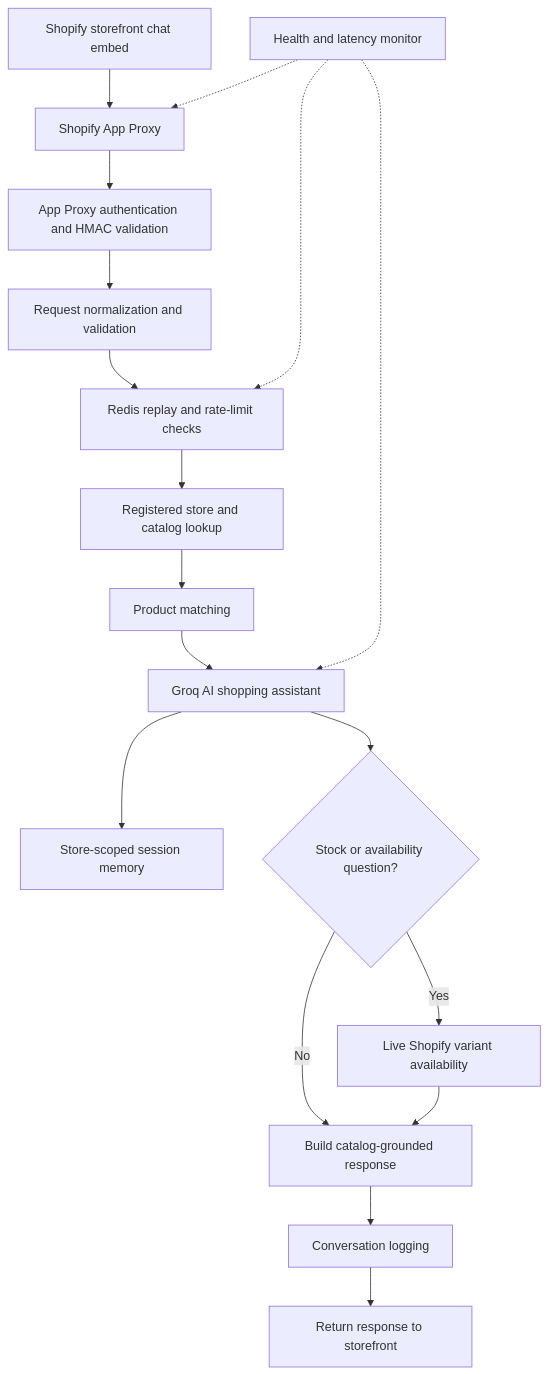
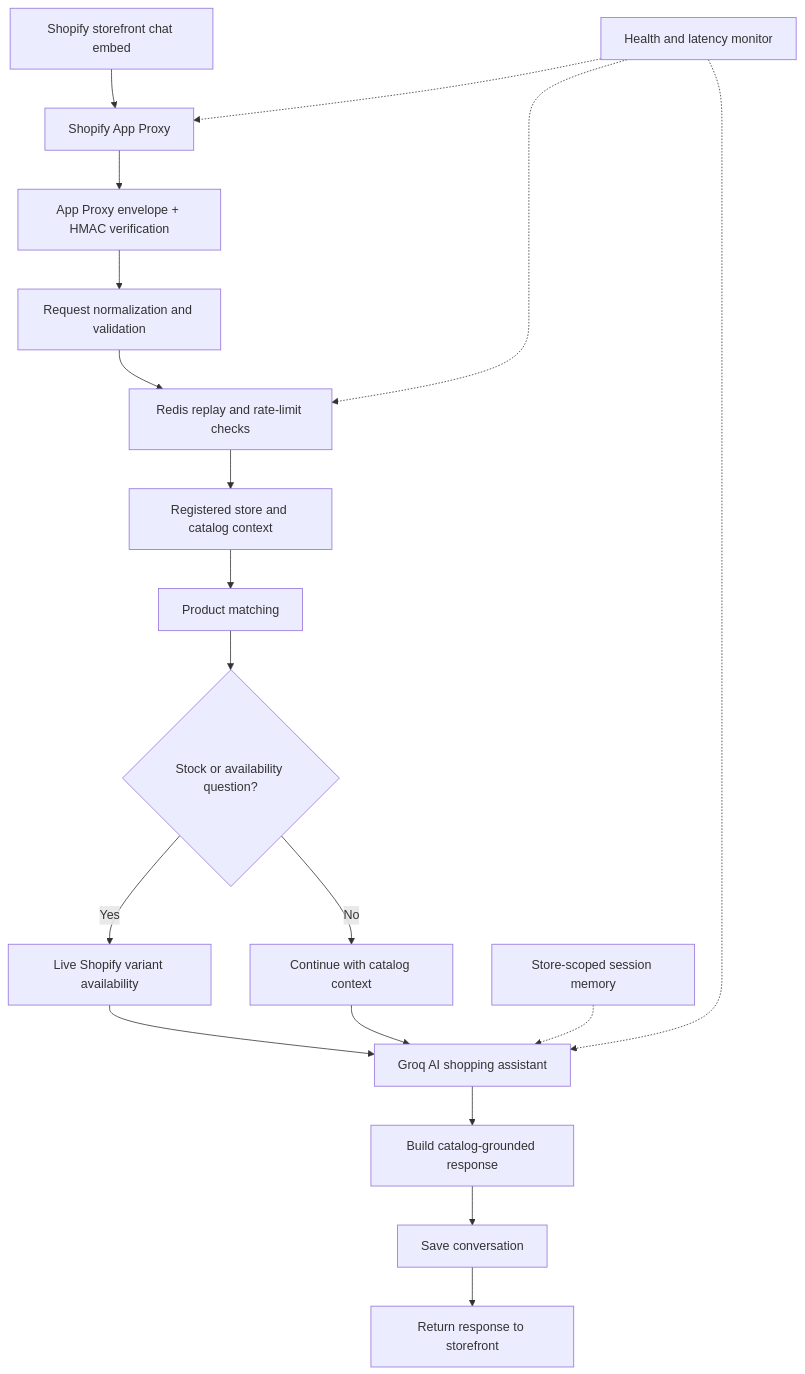
One commit to sanau0716/ai-automation-portfolio changed the diagram in projects/commercepilot/README.md. Above: the diagram before and after it, drawn with Mermaid. The commit also changed other lines of this file and 13 other files, not shown here.

```diff
--- a/projects/commercepilot/README.md
+++ b/projects/commercepilot/README.md
@@ -19,20 +19,21 @@
 ~~~mermaid
 flowchart TD
     A[Shopify storefront chat embed] --> B[Shopify App Proxy]
-    B --> C[App Proxy authentication and HMAC validation]
+    B --> C[App Proxy envelope + HMAC verification]
     C --> D[Request normalization and validation]
     D --> E[Redis replay and rate-limit checks]
-    E --> F[Registered store and catalog lookup]
+    E --> F[Registered store and catalog context]
     F --> G[Product matching]
-    G --> H[Groq AI shopping assistant]
-    H --> I[Store-scoped session memory]
-    H --> J{Stock or availability question?}
-    J -- Yes --> K[Live Shopify variant availability]
-    J -- No --> L[Build catalog-grounded response]
-    K --> L
-    L --> M[Conversation logging]
-    M --> N[Return response to storefront]
-    O[Health and latency monitor] -.-> H
+    G --> H{Stock or availability question?}
+    H -- Yes --> I[Live Shopify variant availability]
+    H -- No --> J[Continue with catalog context]
+    I --> K[Groq AI shopping assistant]
+    J --> K
+    M[Store-scoped session memory] -.-> K
+    K --> L[Build catalog-grounded response]
+    L --> N[Save conversation]
+    N --> P[Return response to storefront]
+    O[Health and latency monitor] -.-> K
     O -.-> E
     O -.-> B
 ~~~
```
